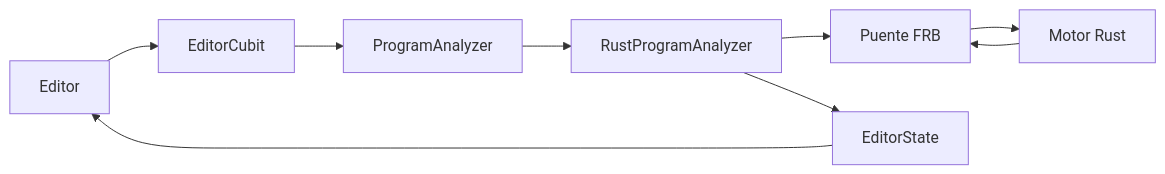
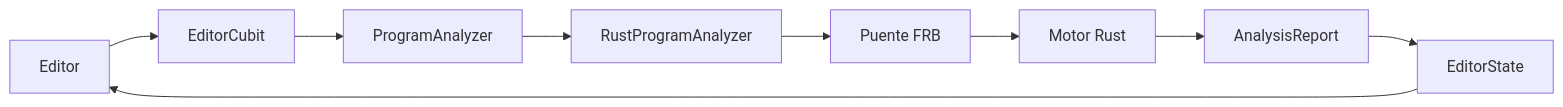
The third of 3 diagrams in apps/pseudolearn_app/README.md (cgutieco/pseudolearn), drawn with Mermaid before and after one commit. The commit also changed other lines of this file and 4 other files, not shown here.

````diff
--- a/apps/pseudolearn_app/README.md
+++ b/apps/pseudolearn_app/README.md
@@ -107,11 +72,11 @@
 ```mermaid
 flowchart LR
     editor["Editor"] --> cubit["EditorCubit"]
     cubit --> port["ProgramAnalyzer"]
     port --> adapter["RustProgramAnalyzer"]
     adapter --> bridge["Puente FRB"]
     bridge --> core["Motor Rust"]
-    core --> bridge
-    adapter --> state["EditorState"]
+    core --> report["AnalysisReport"]
+    report --> state["EditorState"]
     state --> editor
 ```
````
